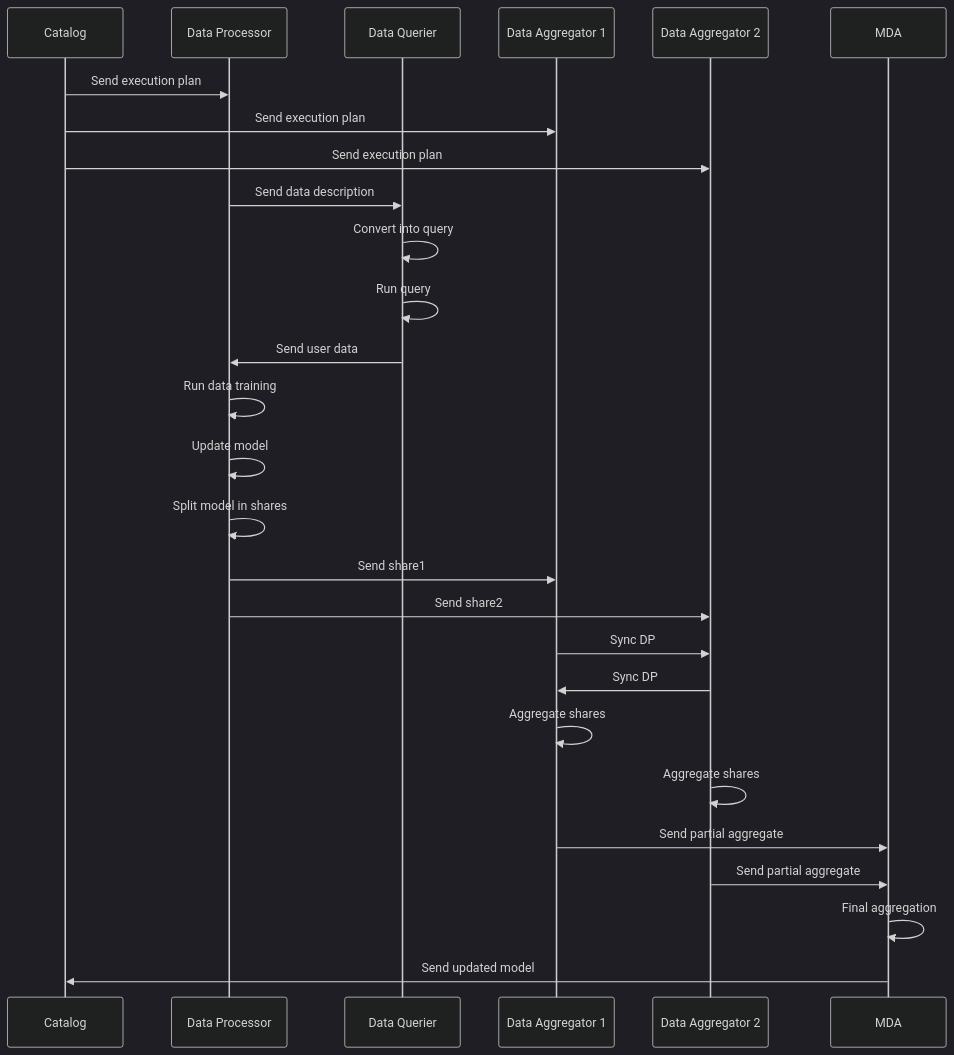
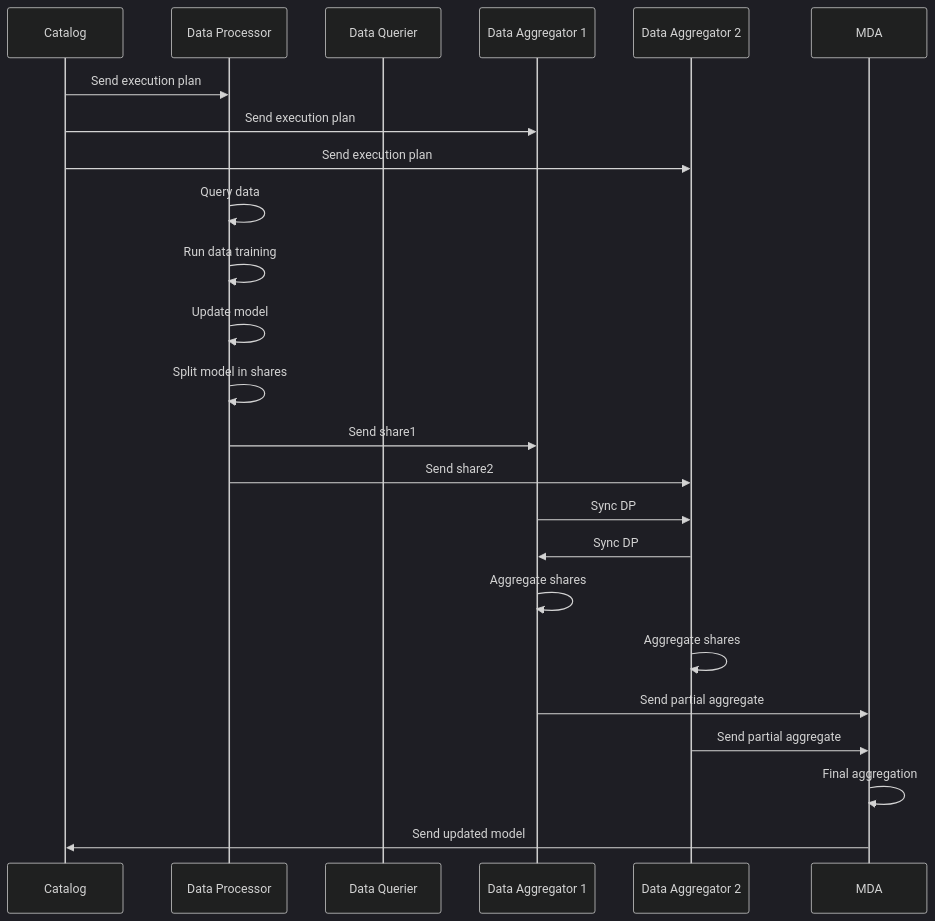
The third of 3 diagrams in docs/design-document.md (Prometheus-X-association/decentralized-ai-training), drawn with Mermaid (dark theme) before and after one commit. The commit also changed other lines of this file and 1 other file, not shown here.

````diff
--- a/docs/design-document.md
+++ b/docs/design-document.md
@@ -552,30 +568,27 @@
 ```mermaid
 
 sequenceDiagram
   participant C as Catalog
   participant DP as Data Processor
   participant DQ as Data Querier
   participant DA1 as Data Aggregator 1
   participant DA2 as Data Aggregator 2
   
   C ->> DP: Send execution plan
   C ->> DA1: Send execution plan
   C ->> DA2: Send execution plan
-  DP ->> DQ: Send data description
-  DQ ->> DQ: Convert into query
-  DQ ->> DQ: Run query
-  DQ ->> DP: Send user data
+  DP ->> DP: Query data
   DP ->> DP: Run data training
   DP ->> DP: Update model 
   DP ->> DP: Split model in shares
   DP ->> DA1: Send share1
   DP ->> DA2: Send share2
   DA1 ->> DA2: Sync DP
   DA2 ->> DA1: Sync DP
   DA1 ->> DA1: Aggregate shares
   DA2 ->> DA2: Aggregate shares
   DA1 ->> MDA: Send partial aggregate
   DA2 ->> MDA: Send partial aggregate
   MDA ->> MDA: Final aggregation
   MDA ->> C: Send updated model
 ```
````
